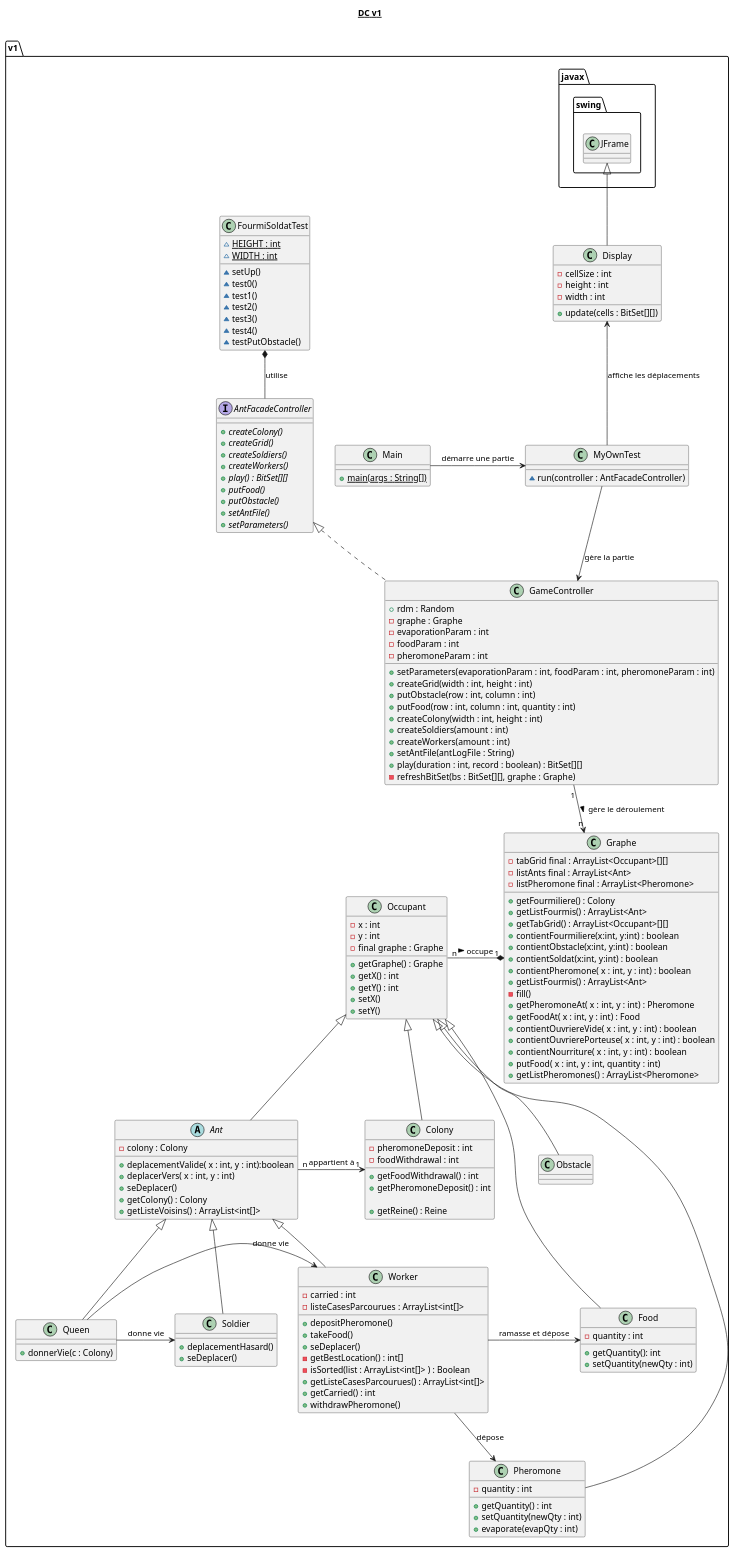
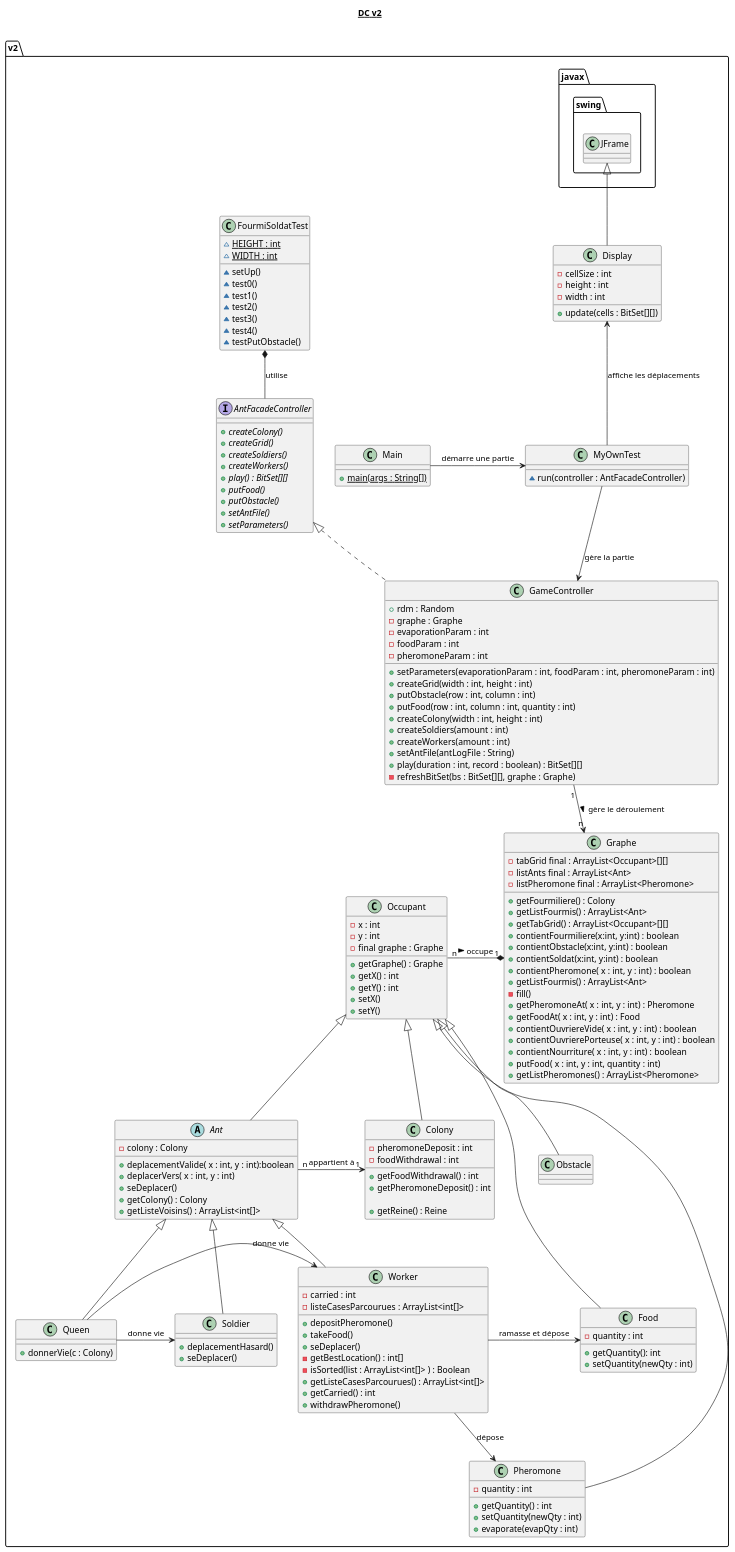
The diagram in src/main/uml/v2/DC_V2.puml (BaptisteWetterwald/dut-fourmis), drawn with PlantUML before and after one commit.

Commit message:
commit maj v2

```diff
--- a/src/main/uml/v2/DC_V2.puml
+++ b/src/main/uml/v2/DC_V2.puml
@@ -1,193 +1,193 @@
 @startuml
 
-title __DC v1__\n
+title __DC v2__\n
 
-namespace v1 {
+namespace v2 {
 
     abstract class Ant extends Occupant
     {
         - colony : Colony
 
         + deplacementValide( x : int, y : int):boolean
         + deplacerVers( x : int, y : int)
         + seDeplacer()
         + getColony() : Colony
         + getListeVoisins() : ArrayList<int[]>
 
     }
 
     interface AntFacadeController
     {
         {abstract} + createColony()
         {abstract} + createGrid()
         {abstract} + createSoldiers()
         {abstract} + createWorkers()
         {abstract} + play() : BitSet[][]
         {abstract} + putFood()
         {abstract} + putObstacle()
         {abstract} + setAntFile()
         {abstract} + setParameters()
     }
 
     class Colony extends Occupant
     {
         - pheromoneDeposit : int
         - foodWithdrawal : int
 
         + getFoodWithdrawal() : int
         + getPheromoneDeposit() : int
 
         + getReine() : Reine
     }
 
 
     class Display extends javax.swing.JFrame
     {
         - cellSize : int
         - height : int
         - width : int
 
         + update(cells : BitSet[][])
     }
 
     class Food extends Occupant
     {
         - quantity : int
 
         + getQuantity(): int
         + setQuantity(newQty : int)
     }
 
     class FourmiSoldatTest
     {
         {static} ~ HEIGHT : int
         {static} ~ WIDTH : int
         ~ setUp()
         ~ test0()
         ~ test1()
         ~ test2()
         ~ test3()
         ~ test4()
         ~ testPutObstacle()
     }
 
     class GameController implements AntFacadeController
     {
         + rdm : Random
         - graphe : Graphe
         - evaporationParam : int
         - foodParam : int
         - pheromoneParam : int
 
         + setParameters(evaporationParam : int, foodParam : int, pheromoneParam : int)
         + createGrid(width : int, height : int)
         + putObstacle(row : int, column : int)
         + putFood(row : int, column : int, quantity : int)
         + createColony(width : int, height : int)
         + createSoldiers(amount : int)
         + createWorkers(amount : int)
         + setAntFile(antLogFile : String)
         + play(duration : int, record : boolean) : BitSet[][]
         - refreshBitSet(bs : BitSet[][], graphe : Graphe)
     }
 
     class Graphe
     {
         - tabGrid final : ArrayList<Occupant>[][]
         - listAnts final : ArrayList<Ant>
         - listPheromone final : ArrayList<Pheromone>
 
         + getFourmiliere() : Colony
         + getListFourmis() : ArrayList<Ant>
         + getTabGrid() : ArrayList<Occupant>[][]
         + contientFourmiliere(x:int, y:int) : boolean
         + contientObstacle(x:int, y:int) : boolean
         + contientSoldat(x:int, y:int) : boolean
         + contientPheromone( x : int, y : int) : boolean
         + getListFourmis() : ArrayList<Ant>
         - fill()
         + getPheromoneAt( x : int, y : int) : Pheromone
         + getFoodAt( x : int, y : int) : Food
         + contientOuvriereVide( x : int, y : int) : boolean
         + contientOuvrierePorteuse( x : int, y : int) : boolean
         + contientNourriture( x : int, y : int) : boolean
         + putFood( x : int, y : int, quantity : int)
         + getListPheromones() : ArrayList<Pheromone>
     }
 
     class Main
     {
         {static} + main(args : String[])
     }
 
     class MyOwnTest
     {
         ~ run(controller : AntFacadeController)
     }
 
     class Obstacle extends Occupant
     {
 
     }
 
     class Occupant
     {
         - x : int
         - y : int
         - final graphe : Graphe
 
         + getGraphe() : Graphe
         + getX() : int
         + getY() : int
         + setX()
         + setY()
     }
 
     class Pheromone extends Occupant
     {
         - quantity : int
 
         + getQuantity() : int
         + setQuantity(newQty : int)
         + evaporate(evapQty : int)
 
     }
     class Queen extends Ant
     {
         + donnerVie(c : Colony)
     }
 
     class Soldier extends Ant
     {
         + deplacementHasard()
         + seDeplacer()
     }
 
     class Worker extends Ant
     {
         - carried : int
         - listeCasesParcourues : ArrayList<int[]>
 
         + depositPheromone()
         + takeFood()
         + seDeplacer()
         - getBestLocation() : int[]
         - isSorted(list : ArrayList<int[]> ) : Boolean
         + getListeCasesParcourues() : ArrayList<int[]>
         + getCarried() : int
         + withdrawPheromone()
    }
 
     Main -> MyOwnTest : démarre une partie
     MyOwnTest -up-> Display : affiche les déplacements
     MyOwnTest --> GameController : gère la partie
     FourmiSoldatTest *-- AntFacadeController : utilise
     GameController "1" --> "n" Graphe : gère le déroulement >
     Occupant "n" -* "1" Graphe : occupe >
     Ant "n" -> "1" Colony : appartient à
     Worker -> Food : ramasse et dépose
     Worker --> Pheromone : dépose
     Queen -> Soldier : donne vie
     Queen -> Worker : donne vie
 }
 @enduml
```
